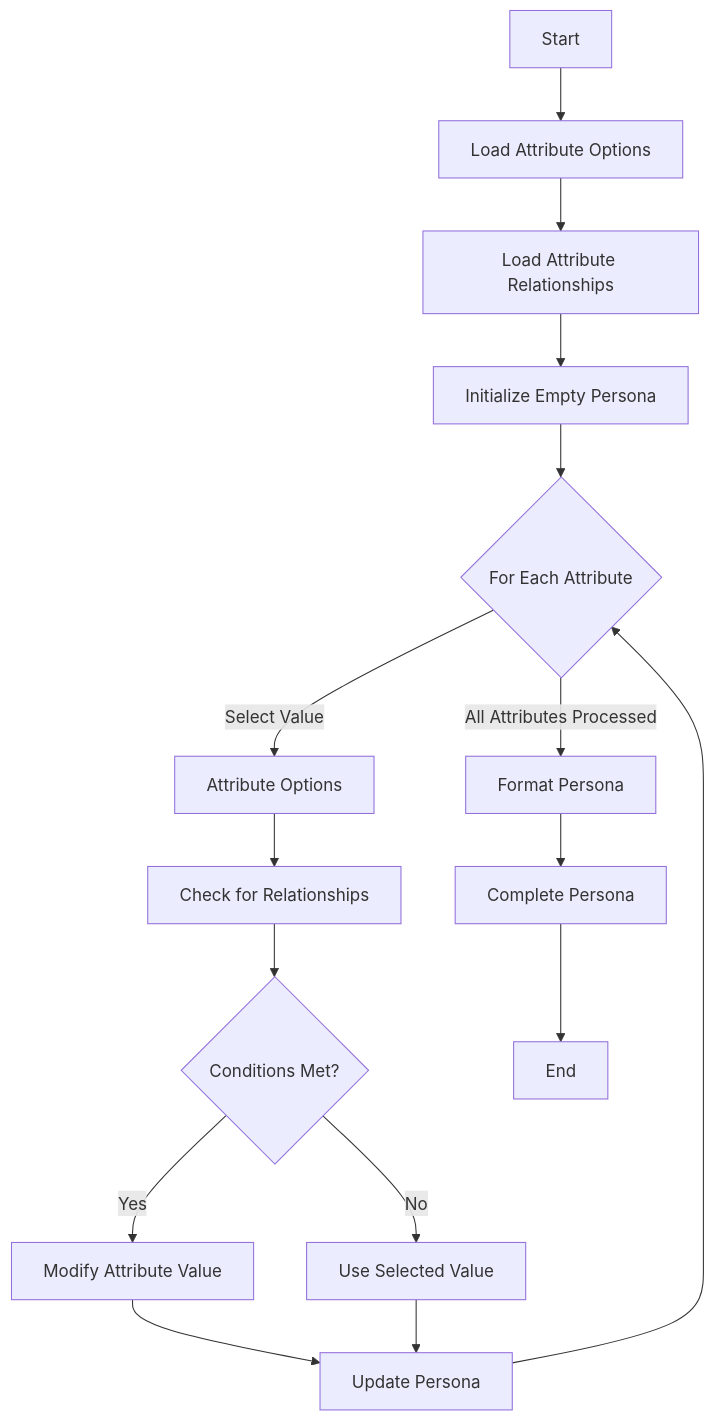
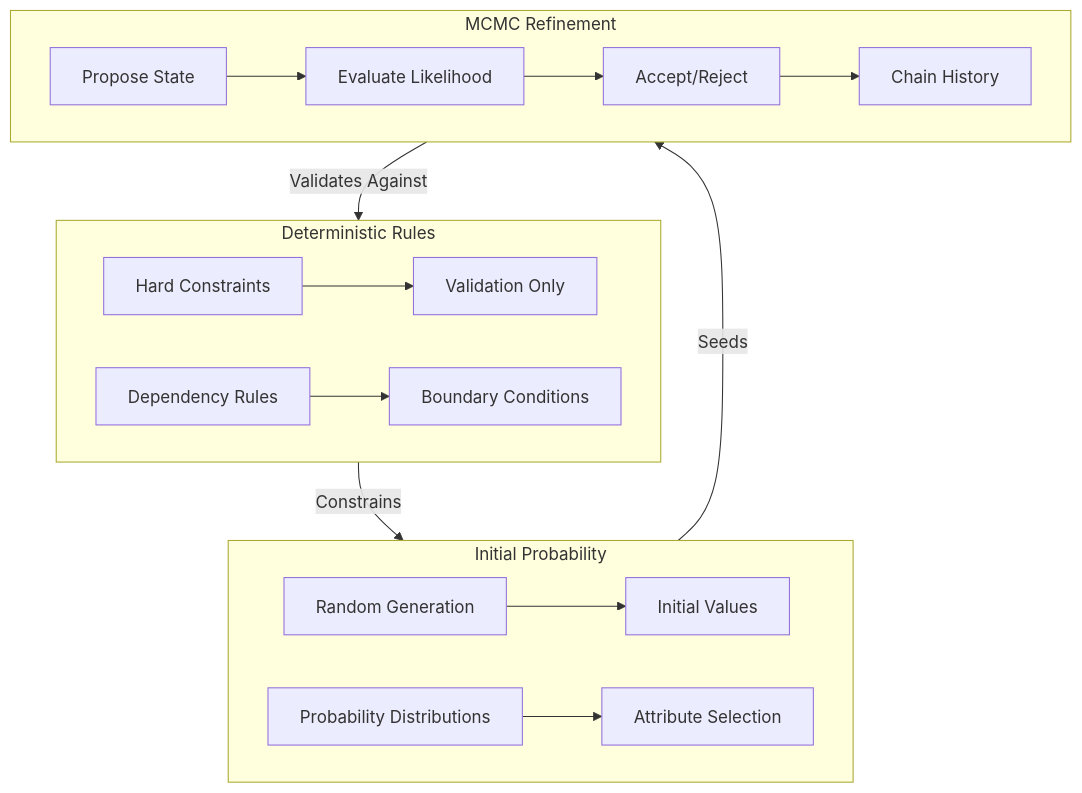
One commit to marketagents-ai/MarketPersonas changed the second of 4 diagrams in README.md. Above: the diagram before and after it, drawn with Mermaid. The commit also changed other lines of this file, not shown here.

First line of the commit message:
persona generation now uses MCMC

````diff
--- a/README.md
+++ b/README.md
@@ -339,19 +454,22 @@
 ```mermaid
 flowchart TD
-    A[Start] --> B[Load Attribute Options]
-    B --> C[Load Attribute Relationships]
-    C --> D[Initialize Empty Persona]
-    D --> E{For Each Attribute}
-    E -->|Select Value| F[Attribute Options]
-    F --> G[Check for Relationships]
-    G --> H{Conditions Met?}
-    H -->|Yes| I[Modify Attribute Value]
-    H -->|No| J[Use Selected Value]
-    I --> K[Update Persona]
-    J --> K
-    K --> E
-    E -->|All Attributes Processed| L[Format Persona]
-    L --> M[Complete Persona]
-    M --> N[End]
+    subgraph Deterministic["Deterministic Rules"]
+        HC[Hard Constraints] --> VO[Validation Only]
+        DR[Dependency Rules] --> BO[Boundary Conditions]
+    end
 
+    subgraph Probabilistic["Initial Probability"]
+        RG[Random Generation] --> IV[Initial Values]
+        PD[Probability Distributions] --> AS[Attribute Selection]
+    end
+
+    subgraph MCMC["MCMC Refinement"]
+        PS[Propose State] --> EL[Evaluate Likelihood]
+        EL --> AR[Accept/Reject]
+        AR --> CH[Chain History]
+    end
+
+    Deterministic -->|Constrains| Probabilistic
+    Probabilistic -->|Seeds| MCMC
+    MCMC -->|Validates Against| Deterministic
 ```
````
